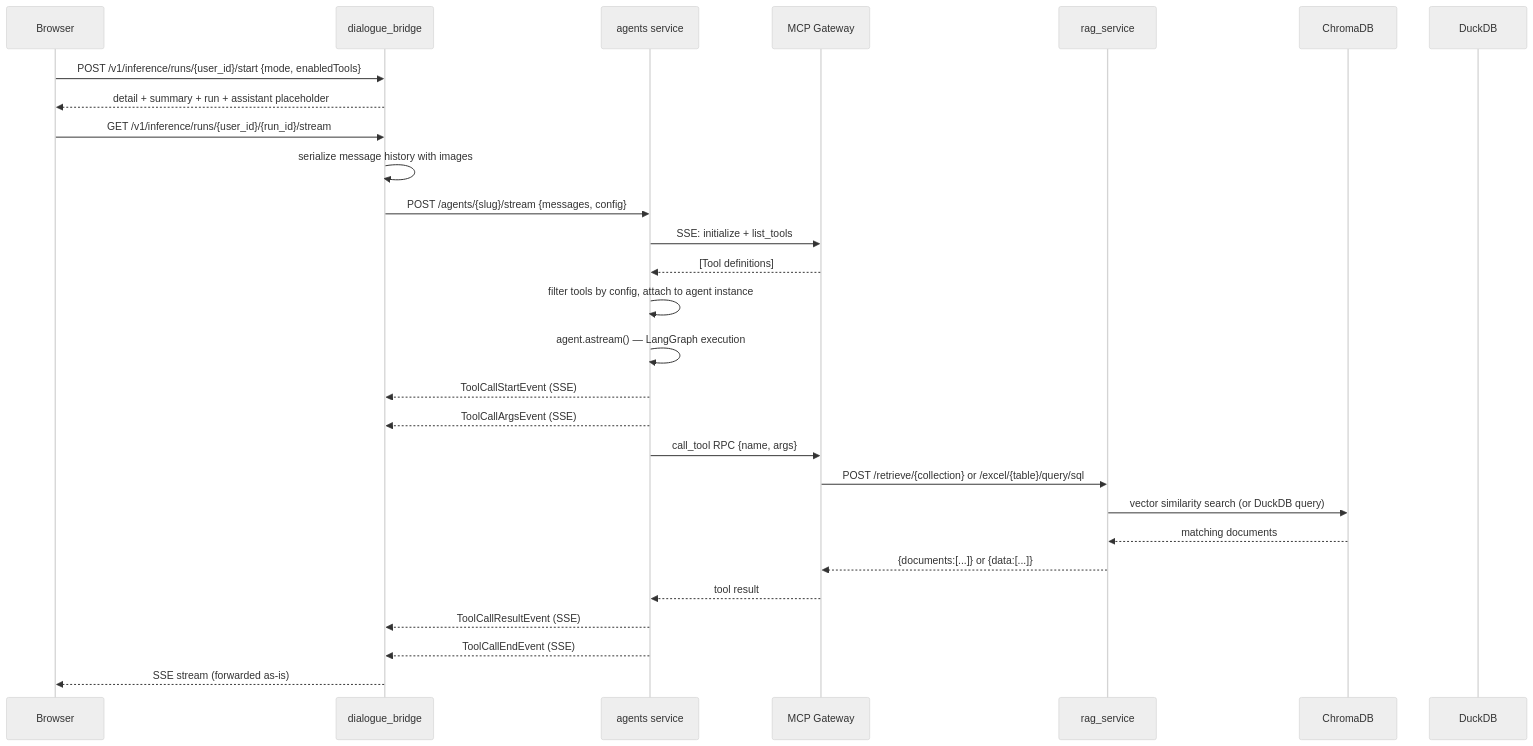
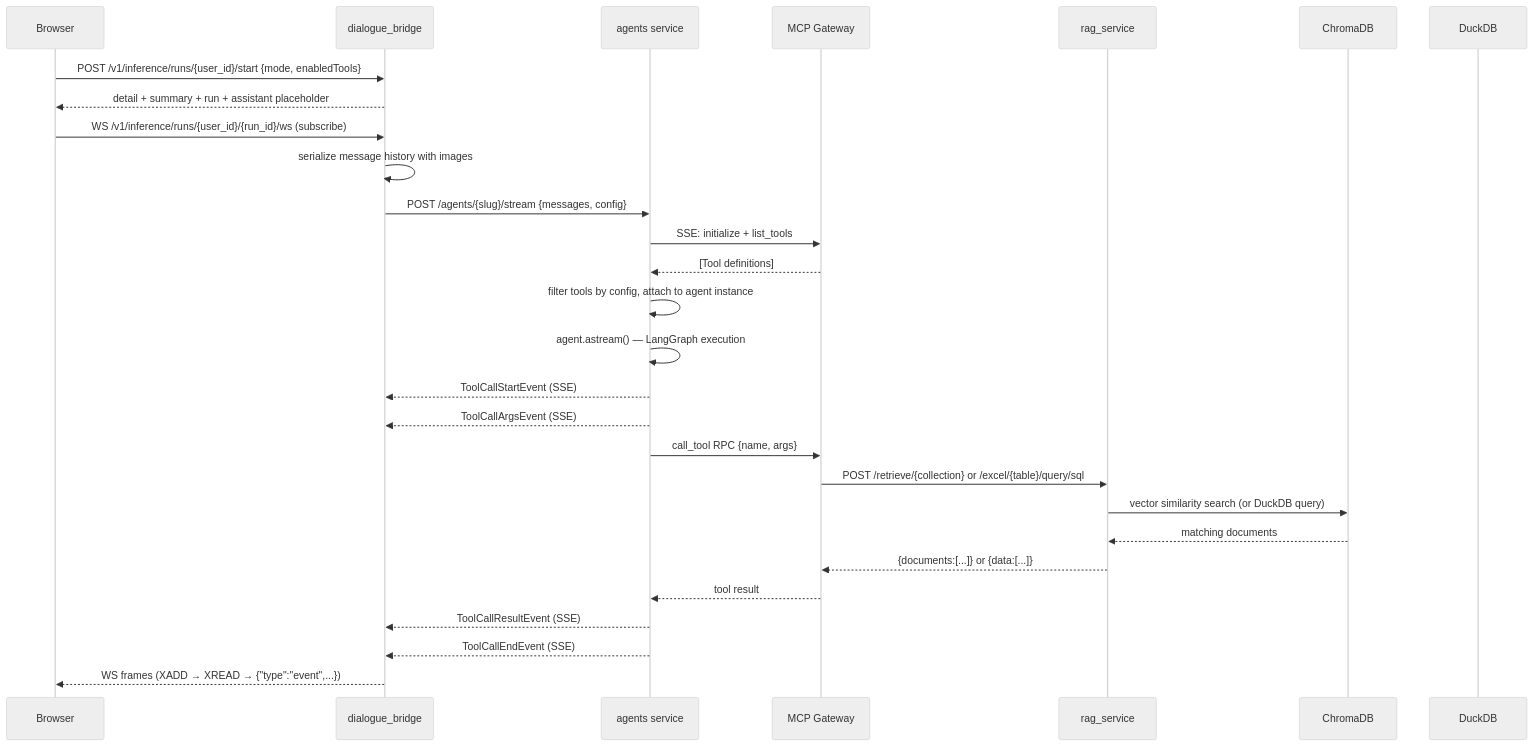
The second of 10 diagrams in docs/development/retrieval-and-tools.md (konstantinosmpouros/mAgenticX), drawn with Mermaid (neutral theme) before and after one commit. The commit also changed other lines of this file and 26 other files, not shown here.

````diff
--- a/docs/development/retrieval-and-tools.md
+++ b/docs/development/retrieval-and-tools.md
@@ -33,35 +33,35 @@
 ```mermaid
 sequenceDiagram
     participant Browser
     participant Bridge as dialogue_bridge
     participant Agents as agents service
     participant MCP as MCP Gateway
     participant RAG as rag_service
     participant Chroma as ChromaDB
     participant Duck as DuckDB
 
     Browser->>Bridge: POST /v1/inference/runs/{user_id}/start {mode, enabledTools}
     Bridge-->>Browser: detail + summary + run + assistant placeholder
-    Browser->>Bridge: GET /v1/inference/runs/{user_id}/{run_id}/stream
+    Browser->>Bridge: WS /v1/inference/runs/{user_id}/{run_id}/ws (subscribe)
     Bridge->>Bridge: serialize message history with images
     Bridge->>Agents: POST /agents/{slug}/stream {messages, config}
 
     Agents->>MCP: SSE: initialize + list_tools
     MCP-->>Agents: [Tool definitions]
     Agents->>Agents: filter tools by config, attach to agent instance
 
     Agents->>Agents: agent.astream() — LangGraph execution
     Agents-->>Bridge: ToolCallStartEvent (SSE)
     Agents-->>Bridge: ToolCallArgsEvent (SSE)
 
     Agents->>MCP: call_tool RPC {name, args}
     MCP->>RAG: POST /retrieve/{collection} or /excel/{table}/query/sql
     RAG->>Chroma: vector similarity search (or DuckDB query)
     Chroma-->>RAG: matching documents
     RAG-->>MCP: {documents:[...]} or {data:[...]}
     MCP-->>Agents: tool result
 
     Agents-->>Bridge: ToolCallResultEvent (SSE)
     Agents-->>Bridge: ToolCallEndEvent (SSE)
-    Bridge-->>Browser: SSE stream (forwarded as-is)
+    Bridge-->>Browser: WS frames (XADD → XREAD → {"type":"event",...})
 ```
````
